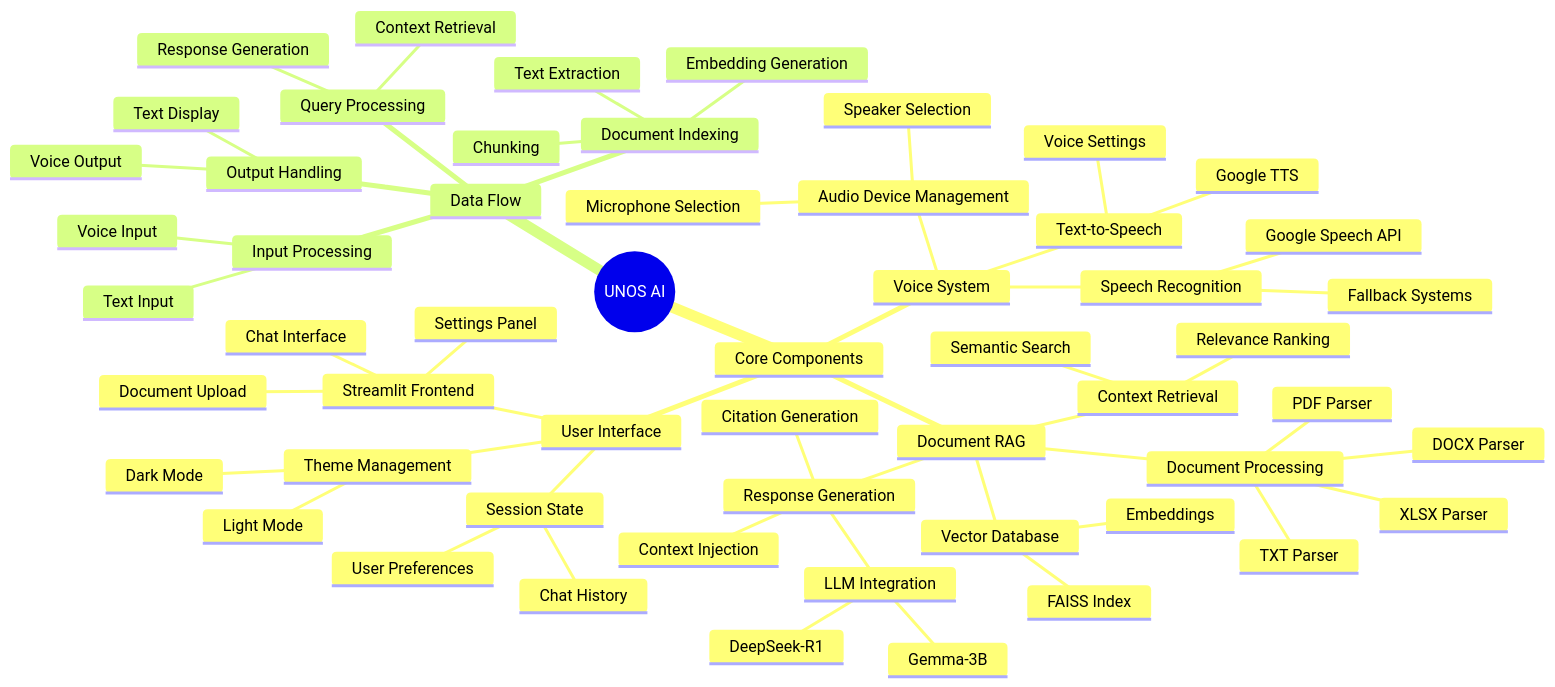
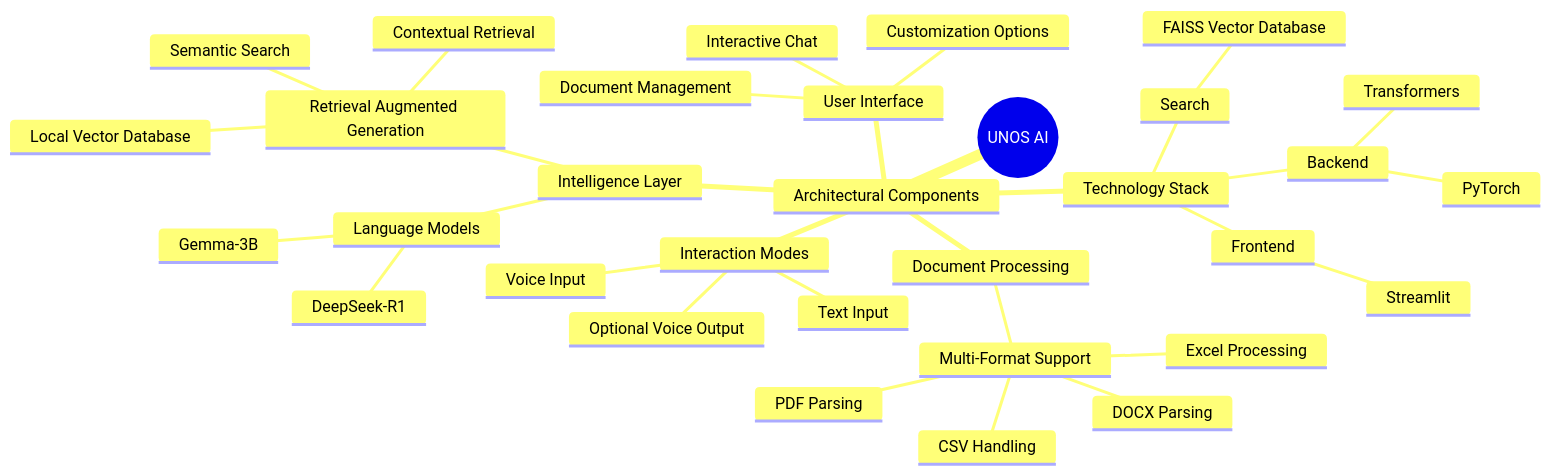
One commit to inareshmatta/iSkillMatta-Private-VOICE_RAGAI changed the second of 2 diagrams in README.md. Above: the diagram before and after it, drawn with Mermaid. The commit also changed other lines of this file, not shown here.

````diff
--- a/README.md
+++ b/README.md
@@ -119,58 +70,35 @@
 ```mermaid
 mindmap
   root((UNOS AI))
-    Core Components
-      Document RAG
-        Document Processing
-          PDF Parser
-          DOCX Parser
-          TXT Parser
-          XLSX Parser
-        Vector Database
-          FAISS Index
-          Embeddings
-        Context Retrieval
+    Architectural Components
+      Document Processing
+        Multi-Format Support
+          PDF Parsing
+          DOCX Parsing
+          CSV Handling
+          Excel Processing
+      Intelligence Layer
+        Retrieval Augmented Generation
+          Local Vector Database
           Semantic Search
-          Relevance Ranking
-        Response Generation
-          LLM Integration
-            DeepSeek-R1
-            Gemma-3B
-          Context Injection
-          Citation Generation
+          Contextual Retrieval
+        Language Models
+          DeepSeek-R1
+          Gemma-3B
       User Interface
-        Streamlit Frontend
-          Chat Interface
-          Document Upload
-          Settings Panel
-        Theme Management
-          Dark Mode
-          Light Mode
-        Session State
-          Chat History
-          User Preferences
-      Voice System
-        Speech Recognition
-          Google Speech API
-          Fallback Systems
-        Text-to-Speech
-          Google TTS
-          Voice Settings
-        Audio Device Management
-          Microphone Selection
-          Speaker Selection
-    Data Flow
-      Input Processing
+        Interactive Chat
+        Document Management
+        Customization Options
+      Interaction Modes
         Text Input
         Voice Input
-      Document Indexing
-        Text Extraction
-        Chunking
-        Embedding Generation
-      Query Processing
-        Context Retrieval
-        Response Generation
-      Output Handling
-        Text Display
-        Voice Output
+        Optional Voice Output
+      Technology Stack
+        Frontend
+          Streamlit
+        Backend
+          PyTorch
+          Transformers
+        Search
+          FAISS Vector Database
 ```
````
